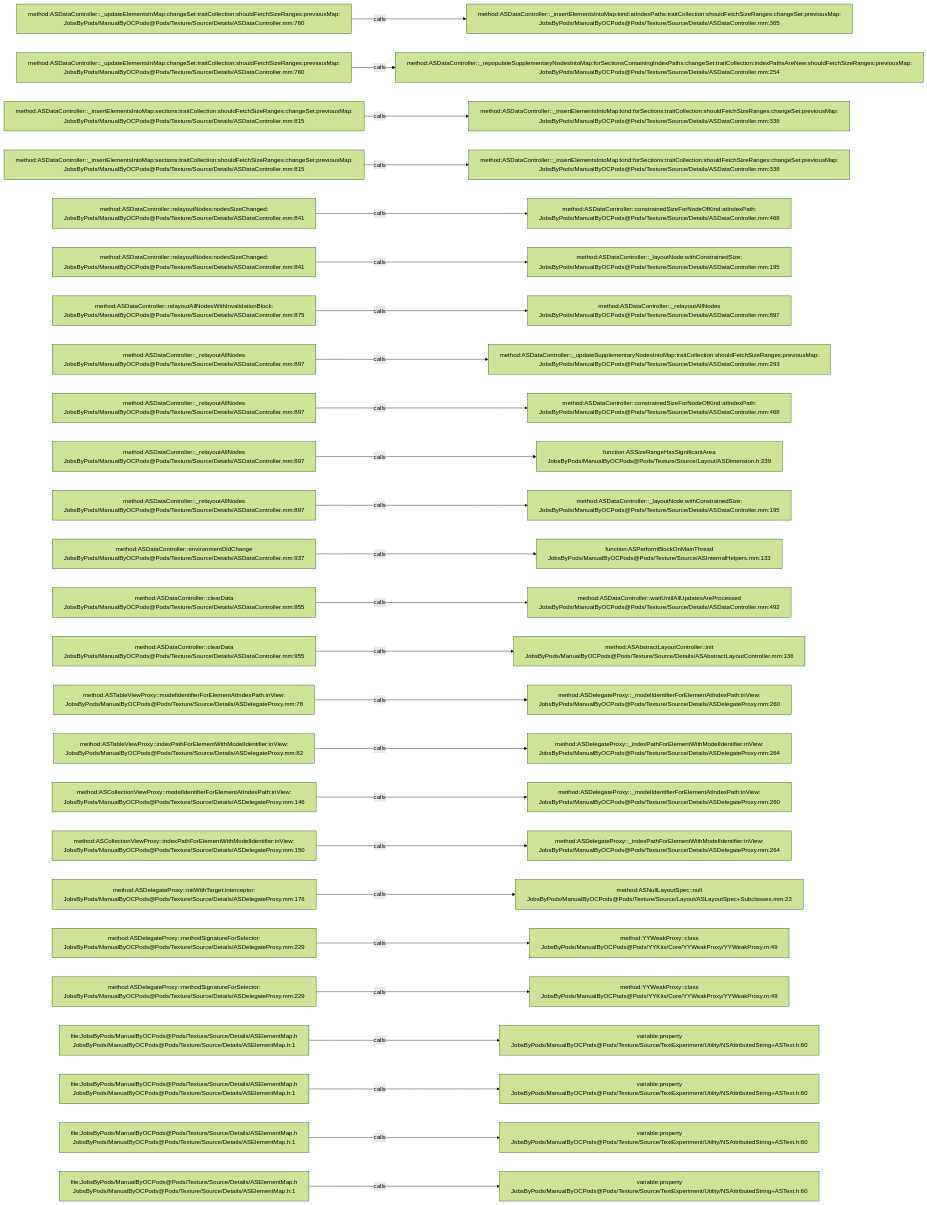
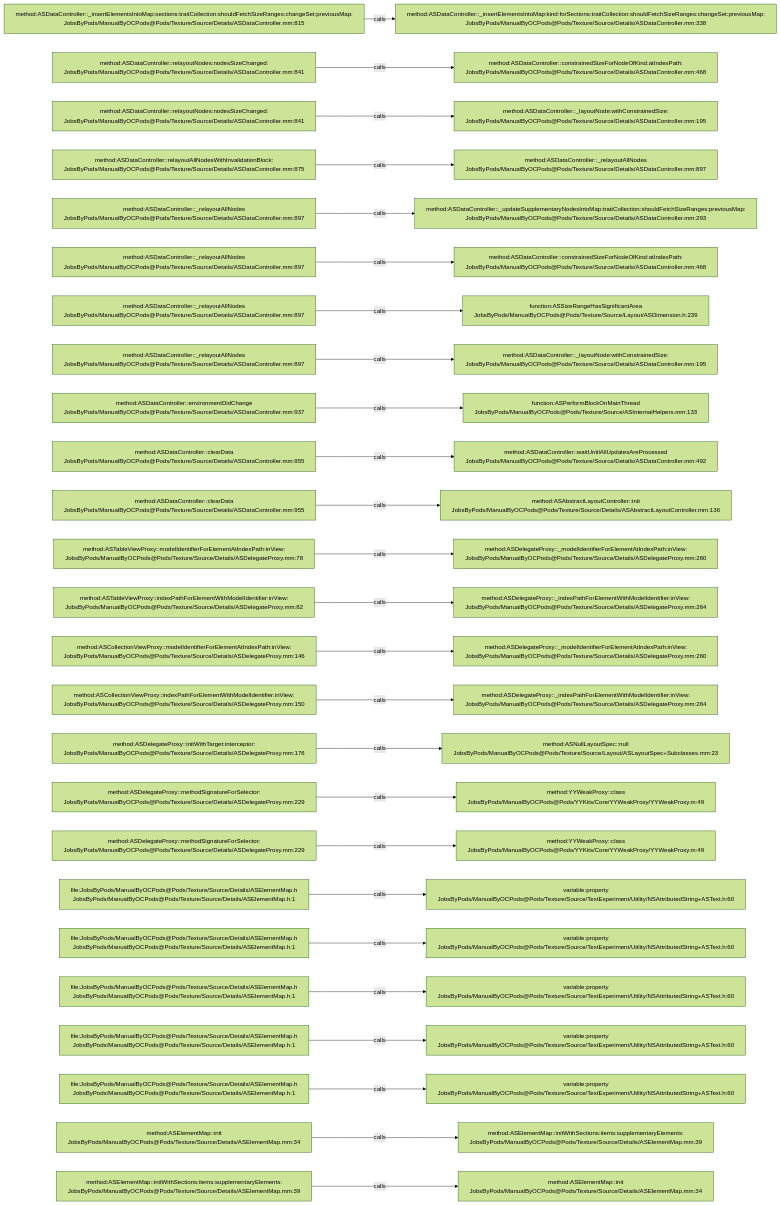
The diagram in .codegraph/codegraph.md/graphs/calls-158.md (JobsKits/JobsOCBaseConfigDemo), drawn with Mermaid (forest theme) before and after one commit. The commit also changed 342 other files, not shown here.

````diff
--- a/.codegraph/codegraph.md/graphs/calls-158.md
+++ b/.codegraph/codegraph.md/graphs/calls-158.md
@@ -13,78 +13,78 @@
 ```mermaid
 flowchart LR
-  S1["method:ASDataController::_updateElementsInMap:changeSet:traitCollection:shouldFetchSizeRanges:previousMap:<br/>JobsByPods/ManualByOCPods@Pods/Texture/Source/Details/ASDataController.mm:760"]
-  T1["method:ASDataController::_insertElementsIntoMap:kind:atIndexPaths:traitCollection:shouldFetchSizeRanges:changeSet:previousMap:<br/>JobsByPods/ManualByOCPods@Pods/Texture/Source/Details/ASDataController.mm:365"]
+  S1["method:ASDataController::_insertElementsIntoMap:sections:traitCollection:shouldFetchSizeRanges:changeSet:previousMap:<br/>JobsByPods/ManualByOCPods@Pods/Texture/Source/Details/ASDataController.mm:815"]
+  T1["method:ASDataController::_insertElementsIntoMap:kind:forSections:traitCollection:shouldFetchSizeRanges:changeSet:previousMap:<br/>JobsByPods/ManualByOCPods@Pods/Texture/Source/Details/ASDataController.mm:338"]
   S1 -->|calls| T1
-  S2["method:ASDataController::_updateElementsInMap:changeSet:traitCollection:shouldFetchSizeRanges:previousMap:<br/>JobsByPods/ManualByOCPods@Pods/Texture/Source/Details/ASDataController.mm:760"]
-  T2["method:ASDataController::_repopulateSupplementaryNodesIntoMap:forSectionsContainingIndexPaths:changeSet:traitCollection:indexPathsAreNew:shouldFetchSizeRanges:previousMap:<br/>JobsByPods/ManualByOCPods@Pods/Texture/Source/Details/ASDataController.mm:254"]
+  S2["method:ASDataController::relayoutNodes:nodesSizeChanged:<br/>JobsByPods/ManualByOCPods@Pods/Texture/Source/Details/ASDataController.mm:841"]
+  T2["method:ASDataController::constrainedSizeForNodeOfKind:atIndexPath:<br/>JobsByPods/ManualByOCPods@Pods/Texture/Source/Details/ASDataController.mm:468"]
   S2 -->|calls| T2
-  S3["method:ASDataController::_insertElementsIntoMap:sections:traitCollection:shouldFetchSizeRanges:changeSet:previousMap:<br/>JobsByPods/ManualByOCPods@Pods/Texture/Source/Details/ASDataController.mm:815"]
-  T3["method:ASDataController::_insertElementsIntoMap:kind:forSections:traitCollection:shouldFetchSizeRanges:changeSet:previousMap:<br/>JobsByPods/ManualByOCPods@Pods/Texture/Source/Details/ASDataController.mm:338"]
+  S3["method:ASDataController::relayoutNodes:nodesSizeChanged:<br/>JobsByPods/ManualByOCPods@Pods/Texture/Source/Details/ASDataController.mm:841"]
+  T3["method:ASDataController::_layoutNode:withConstrainedSize:<br/>JobsByPods/ManualByOCPods@Pods/Texture/Source/Details/ASDataController.mm:195"]
   S3 -->|calls| T3
-  S4["method:ASDataController::_insertElementsIntoMap:sections:traitCollection:shouldFetchSizeRanges:changeSet:previousMap:<br/>JobsByPods/ManualByOCPods@Pods/Texture/Source/Details/ASDataController.mm:815"]
-  T4["method:ASDataController::_insertElementsIntoMap:kind:forSections:traitCollection:shouldFetchSizeRanges:changeSet:previousMap:<br/>JobsByPods/ManualByOCPods@Pods/Texture/Source/Details/ASDataController.mm:338"]
+  S4["method:ASDataController::relayoutAllNodesWithInvalidationBlock:<br/>JobsByPods/ManualByOCPods@Pods/Texture/Source/Details/ASDataController.mm:875"]
+  T4["method:ASDataController::_relayoutAllNodes<br/>JobsByPods/ManualByOCPods@Pods/Texture/Source/Details/ASDataController.mm:897"]
   S4 -->|calls| T4
-  S5["method:ASDataController::relayoutNodes:nodesSizeChanged:<br/>JobsByPods/ManualByOCPods@Pods/Texture/Source/Details/ASDataController.mm:841"]
-  T5["method:ASDataController::constrainedSizeForNodeOfKind:atIndexPath:<br/>JobsByPods/ManualByOCPods@Pods/Texture/Source/Details/ASDataController.mm:468"]
+  S5["method:ASDataController::_relayoutAllNodes<br/>JobsByPods/ManualByOCPods@Pods/Texture/Source/Details/ASDataController.mm:897"]
+  T5["method:ASDataController::_updateSupplementaryNodesIntoMap:traitCollection:shouldFetchSizeRanges:previousMap:<br/>JobsByPods/ManualByOCPods@Pods/Texture/Source/Details/ASDataController.mm:293"]
   S5 -->|calls| T5
-  S6["method:ASDataController::relayoutNodes:nodesSizeChanged:<br/>JobsByPods/ManualByOCPods@Pods/Texture/Source/Details/ASDataController.mm:841"]
-  T6["method:ASDataController::_layoutNode:withConstrainedSize:<br/>JobsByPods/ManualByOCPods@Pods/Texture/Source/Details/ASDataController.mm:195"]
+  S6["method:ASDataController::_relayoutAllNodes<br/>JobsByPods/ManualByOCPods@Pods/Texture/Source/Details/ASDataController.mm:897"]
+  T6["method:ASDataController::constrainedSizeForNodeOfKind:atIndexPath:<br/>JobsByPods/ManualByOCPods@Pods/Texture/Source/Details/ASDataController.mm:468"]
   S6 -->|calls| T6
-  S7["method:ASDataController::relayoutAllNodesWithInvalidationBlock:<br/>JobsByPods/ManualByOCPods@Pods/Texture/Source/Details/ASDataController.mm:875"]
-  T7["method:ASDataController::_relayoutAllNodes<br/>JobsByPods/ManualByOCPods@Pods/Texture/Source/Details/ASDataController.mm:897"]
+  S7["method:ASDataController::_relayoutAllNodes<br/>JobsByPods/ManualByOCPods@Pods/Texture/Source/Details/ASDataController.mm:897"]
+  T7["function:ASSizeRangeHasSignificantArea<br/>JobsByPods/ManualByOCPods@Pods/Texture/Source/Layout/ASDimension.h:239"]
   S7 -->|calls| T7
   S8["method:ASDataController::_relayoutAllNodes<br/>JobsByPods/ManualByOCPods@Pods/Texture/Source/Details/ASDataController.mm:897"]
-  T8["method:ASDataController::_updateSupplementaryNodesIntoMap:traitCollection:shouldFetchSizeRanges:previousMap:<br/>JobsByPods/ManualByOCPods@Pods/Texture/Source/Details/ASDataController.mm:293"]
+  T8["method:ASDataController::_layoutNode:withConstrainedSize:<br/>JobsByPods/ManualByOCPods@Pods/Texture/Source/Details/ASDataController.mm:195"]
   S8 -->|calls| T8
-  S9["method:ASDataController::_relayoutAllNodes<br/>JobsByPods/ManualByOCPods@Pods/Texture/Source/Details/ASDataController.mm:897"]
-  T9["method:ASDataController::constrainedSizeForNodeOfKind:atIndexPath:<br/>JobsByPods/ManualByOCPods@Pods/Texture/Source/Details/ASDataController.mm:468"]
+  S9["method:ASDataController::environmentDidChange<br/>JobsByPods/ManualByOCPods@Pods/Texture/Source/Details/ASDataController.mm:937"]
+  T9["function:ASPerformBlockOnMainThread<br/>JobsByPods/ManualByOCPods@Pods/Texture/Source/ASInternalHelpers.mm:133"]
   S9 -->|calls| T9
-  S10["method:ASDataController::_relayoutAllNodes<br/>JobsByPods/ManualByOCPods@Pods/Texture/Source/Details/ASDataController.mm:897"]
-  T10["function:ASSizeRangeHasSignificantArea<br/>JobsByPods/ManualByOCPods@Pods/Texture/Source/Layout/ASDimension.h:239"]
+  S10["method:ASDataController::clearData<br/>JobsByPods/ManualByOCPods@Pods/Texture/Source/Details/ASDataController.mm:955"]
+  T10["method:ASDataController::waitUntilAllUpdatesAreProcessed<br/>JobsByPods/ManualByOCPods@Pods/Texture/Source/Details/ASDataController.mm:492"]
   S10 -->|calls| T10
-  S11["method:ASDataController::_relayoutAllNodes<br/>JobsByPods/ManualByOCPods@Pods/Texture/Source/Details/ASDataController.mm:897"]
-  T11["method:ASDataController::_layoutNode:withConstrainedSize:<br/>JobsByPods/ManualByOCPods@Pods/Texture/Source/Details/ASDataController.mm:195"]
+  S11["method:ASDataController::clearData<br/>JobsByPods/ManualByOCPods@Pods/Texture/Source/Details/ASDataController.mm:955"]
+  T11["method:ASAbstractLayoutController::init<br/>JobsByPods/ManualByOCPods@Pods/Texture/Source/Details/ASAbstractLayoutController.mm:136"]
   S11 -->|calls| T11
-  S12["method:ASDataController::environmentDidChange<br/>JobsByPods/ManualByOCPods@Pods/Texture/Source/Details/ASDataController.mm:937"]
-  T12["function:ASPerformBlockOnMainThread<br/>JobsByPods/ManualByOCPods@Pods/Texture/Source/ASInternalHelpers.mm:133"]
+  S12["method:ASTableViewProxy::modelIdentifierForElementAtIndexPath:inView:<br/>JobsByPods/ManualByOCPods@Pods/Texture/Source/Details/ASDelegateProxy.mm:78"]
+  T12["method:ASDelegateProxy::_modelIdentifierForElementAtIndexPath:inView:<br/>JobsByPods/ManualByOCPods@Pods/Texture/Source/Details/ASDelegateProxy.mm:260"]
   S12 -->|calls| T12
-  S13["method:ASDataController::clearData<br/>JobsByPods/ManualByOCPods@Pods/Texture/Source/Details/ASDataController.mm:955"]
-  T13["method:ASDataController::waitUntilAllUpdatesAreProcessed<br/>JobsByPods/ManualByOCPods@Pods/Texture/Source/Details/ASDataController.mm:492"]
+  S13["method:ASTableViewProxy::indexPathForElementWithModelIdentifier:inView:<br/>JobsByPods/ManualByOCPods@Pods/Texture/Source/Details/ASDelegateProxy.mm:82"]
+  T13["method:ASDelegateProxy::_indexPathForElementWithModelIdentifier:inView:<br/>JobsByPods/ManualByOCPods@Pods/Texture/Source/Details/ASDelegateProxy.mm:264"]
   S13 -->|calls| T13
-  S14["method:ASDataController::clearData<br/>JobsByPods/ManualByOCPods@Pods/Texture/Source/Details/ASDataController.mm:955"]
-  T14["method:ASAbstractLayoutController::init<br/>JobsByPods/ManualByOCPods@Pods/Texture/Source/Details/ASAbstractLayoutController.mm:136"]
+  S14["method:ASCollectionViewProxy::modelIdentifierForElementAtIndexPath:inView:<br/>JobsByPods/ManualByOCPods@Pods/Texture/Source/Details/ASDelegateProxy.mm:146"]
+  T14["method:ASDelegateProxy::_modelIdentifierForElementAtIndexPath:inView:<br/>JobsByPods/ManualByOCPods@Pods/Texture/Source/Details/ASDelegateProxy.mm:260"]
   S14 -->|calls| T14
-  S15["method:ASTableViewProxy::modelIdentifierForElementAtIndexPath:inView:<br/>JobsByPods/ManualByOCPods@Pods/Texture/Source/Details/ASDelegateProxy.mm:78"]
-  T15["method:ASDelegateProxy::_modelIdentifierForElementAtIndexPath:inView:<br/>JobsByPods/ManualByOCPods@Pods/Texture/Source/Details/ASDelegateProxy.mm:260"]
+  S15["method:ASCollectionViewProxy::indexPathForElementWithModelIdentifier:inView:<br/>JobsByPods/ManualByOCPods@Pods/Texture/Source/Details/ASDelegateProxy.mm:150"]
+  T15["method:ASDelegateProxy::_indexPathForElementWithModelIdentifier:inView:<br/>JobsByPods/ManualByOCPods@Pods/Texture/Source/Details/ASDelegateProxy.mm:264"]
   S15 -->|calls| T15
-  S16["method:ASTableViewProxy::indexPathForElementWithModelIdentifier:inView:<br/>JobsByPods/ManualByOCPods@Pods/Texture/Source/Details/ASDelegateProxy.mm:82"]
-  T16["method:ASDelegateProxy::_indexPathForElementWithModelIdentifier:inView:<br/>JobsByPods/ManualByOCPods@Pods/Texture/Source/Details/ASDelegateProxy.mm:264"]
+  S16["method:ASDelegateProxy::initWithTarget:interceptor:<br/>JobsByPods/ManualByOCPods@Pods/Texture/Source/Details/ASDelegateProxy.mm:176"]
+  T16["method:ASNullLayoutSpec::null<br/>JobsByPods/ManualByOCPods@Pods/Texture/Source/Layout/ASLayoutSpec+Subclasses.mm:23"]
   S16 -->|calls| T16
-  S17["method:ASCollectionViewProxy::modelIdentifierForElementAtIndexPath:inView:<br/>JobsByPods/ManualByOCPods@Pods/Texture/Source/Details/ASDelegateProxy.mm:146"]
-  T17["method:ASDelegateProxy::_modelIdentifierForElementAtIndexPath:inView:<br/>JobsByPods/ManualByOCPods@Pods/Texture/Source/Details/ASDelegateProxy.mm:260"]
+  S17["method:ASDelegateProxy::methodSignatureForSelector:<br/>JobsByPods/ManualByOCPods@Pods/Texture/Source/Details/ASDelegateProxy.mm:229"]
+  T17["method:YYWeakProxy::class<br/>JobsByPods/ManualByOCPods@Pods/YYKits/Core/YYWeakProxy/YYWeakProxy.m:49"]
   S17 -->|calls| T17
-  S18["method:ASCollectionViewProxy::indexPathForElementWithModelIdentifier:inView:<br/>JobsByPods/ManualByOCPods@Pods/Texture/Source/Details/ASDelegateProxy.mm:150"]
-  T18["method:ASDelegateProxy::_indexPathForElementWithModelIdentifier:inView:<br/>JobsByPods/ManualByOCPods@Pods/Texture/Source/Details/ASDelegateProxy.mm:264"]
+  S18["method:ASDelegateProxy::methodSignatureForSelector:<br/>JobsByPods/ManualByOCPods@Pods/Texture/Source/Details/ASDelegateProxy.mm:229"]
+  T18["method:YYWeakProxy::class<br/>JobsByPods/ManualByOCPods@Pods/YYKits/Core/YYWeakProxy/YYWeakProxy.m:49"]
   S18 -->|calls| T18
-  S19["method:ASDelegateProxy::initWithTarget:interceptor:<br/>JobsByPods/ManualByOCPods@Pods/Texture/Source/Details/ASDelegateProxy.mm:176"]
-  T19["method:ASNullLayoutSpec::null<br/>JobsByPods/ManualByOCPods@Pods/Texture/Source/Layout/ASLayoutSpec+Subclasses.mm:23"]
+  S19["file:JobsByPods/ManualByOCPods@Pods/Texture/Source/Details/ASElementMap.h<br/>JobsByPods/ManualByOCPods@Pods/Texture/Source/Details/ASElementMap.h:1"]
+  T19["variable:property<br/>JobsByPods/ManualByOCPods@Pods/Texture/Source/TextExperiment/Utility/NSAttributedString+ASText.h:60"]
   S19 -->|calls| T19
-  S20["method:ASDelegateProxy::methodSignatureForSelector:<br/>JobsByPods/ManualByOCPods@Pods/Texture/Source/Details/ASDelegateProxy.mm:229"]
-  T20["method:YYWeakProxy::class<br/>JobsByPods/ManualByOCPods@Pods/YYKits/Core/YYWeakProxy/YYWeakProxy.m:49"]
+  S20["file:JobsByPods/ManualByOCPods@Pods/Texture/Source/Details/ASElementMap.h<br/>JobsByPods/ManualByOCPods@Pods/Texture/Source/Details/ASElementMap.h:1"]
+  T20["variable:property<br/>JobsByPods/ManualByOCPods@Pods/Texture/Source/TextExperiment/Utility/NSAttributedString+ASText.h:60"]
   S20 -->|calls| T20
-  S21["method:ASDelegateProxy::methodSignatureForSelector:<br/>JobsByPods/ManualByOCPods@Pods/Texture/Source/Details/ASDelegateProxy.mm:229"]
-  T21["method:YYWeakProxy::class<br/>JobsByPods/ManualByOCPods@Pods/YYKits/Core/YYWeakProxy/YYWeakProxy.m:49"]
+  S21["file:JobsByPods/ManualByOCPods@Pods/Texture/Source/Details/ASElementMap.h<br/>JobsByPods/ManualByOCPods@Pods/Texture/Source/Details/ASElementMap.h:1"]
+  T21["variable:property<br/>JobsByPods/ManualByOCPods@Pods/Texture/Source/TextExperiment/Utility/NSAttributedString+ASText.h:60"]
   S21 -->|calls| T21
   S22["file:JobsByPods/ManualByOCPods@Pods/Texture/Source/Details/ASElementMap.h<br/>JobsByPods/ManualByOCPods@Pods/Texture/Source/Details/ASElementMap.h:1"]
   T22["variable:property<br/>JobsByPods/ManualByOCPods@Pods/Texture/Source/TextExperiment/Utility/NSAttributedString+ASText.h:60"]
   S22 -->|calls| T22
   S23["file:JobsByPods/ManualByOCPods@Pods/Texture/Source/Details/ASElementMap.h<br/>JobsByPods/ManualByOCPods@Pods/Texture/Source/Details/ASElementMap.h:1"]
   T23["variable:property<br/>JobsByPods/ManualByOCPods@Pods/Texture/Source/TextExperiment/Utility/NSAttributedString+ASText.h:60"]
   S23 -->|calls| T23
-  S24["file:JobsByPods/ManualByOCPods@Pods/Texture/Source/Details/ASElementMap.h<br/>JobsByPods/ManualByOCPods@Pods/Texture/Source/Details/ASElementMap.h:1"]
-  T24["variable:property<br/>JobsByPods/ManualByOCPods@Pods/Texture/Source/TextExperiment/Utility/NSAttributedString+ASText.h:60"]
+  S24["method:ASElementMap::init<br/>JobsByPods/ManualByOCPods@Pods/Texture/Source/Details/ASElementMap.mm:34"]
+  T24["method:ASElementMap::initWithSections:items:supplementaryElements:<br/>JobsByPods/ManualByOCPods@Pods/Texture/Source/Details/ASElementMap.mm:39"]
   S24 -->|calls| T24
-  S25["file:JobsByPods/ManualByOCPods@Pods/Texture/Source/Details/ASElementMap.h<br/>JobsByPods/ManualByOCPods@Pods/Texture/Source/Details/ASElementMap.h:1"]
-  T25["variable:property<br/>JobsByPods/ManualByOCPods@Pods/Texture/Source/TextExperiment/Utility/NSAttributedString+ASText.h:60"]
+  S25["method:ASElementMap::initWithSections:items:supplementaryElements:<br/>JobsByPods/ManualByOCPods@Pods/Texture/Source/Details/ASElementMap.mm:39"]
+  T25["method:ASElementMap::init<br/>JobsByPods/ManualByOCPods@Pods/Texture/Source/Details/ASElementMap.mm:34"]
   S25 -->|calls| T25
 ```
````
